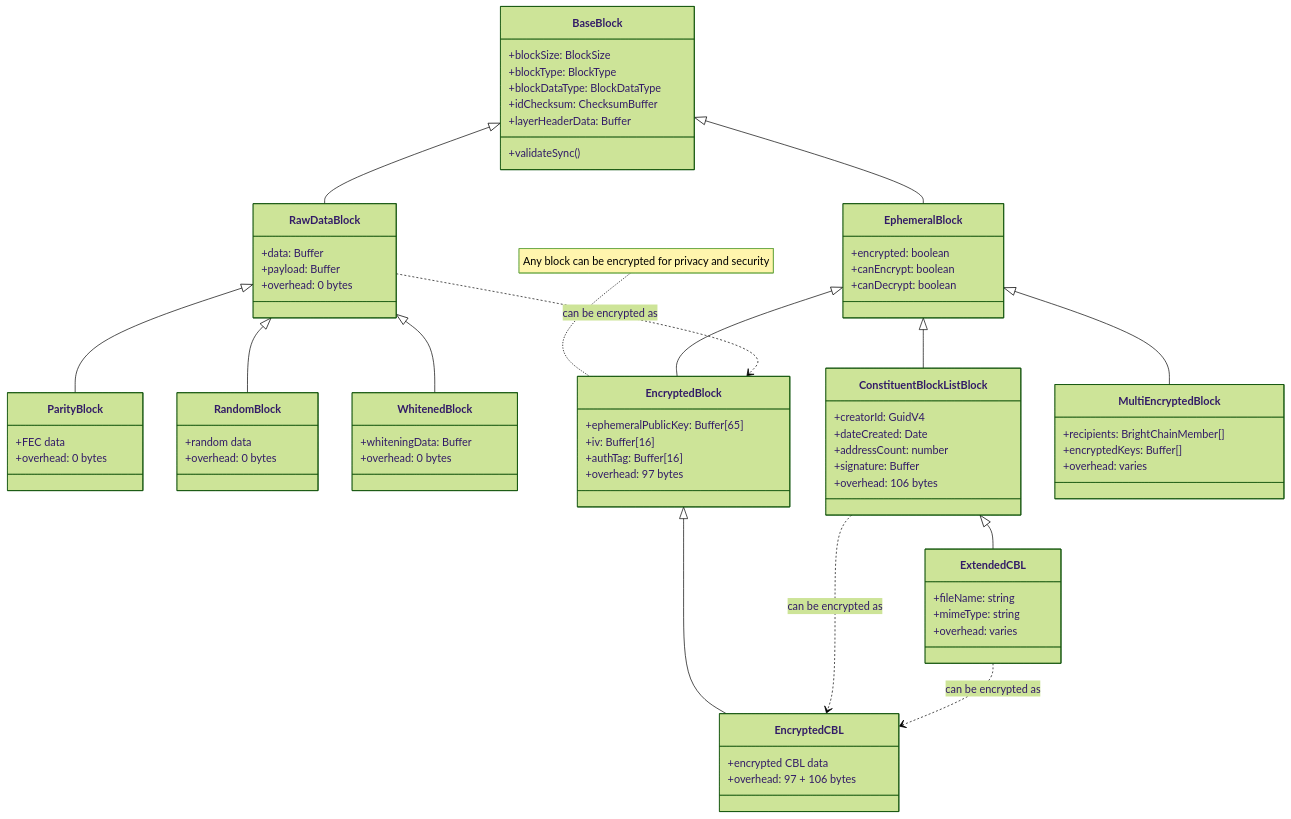
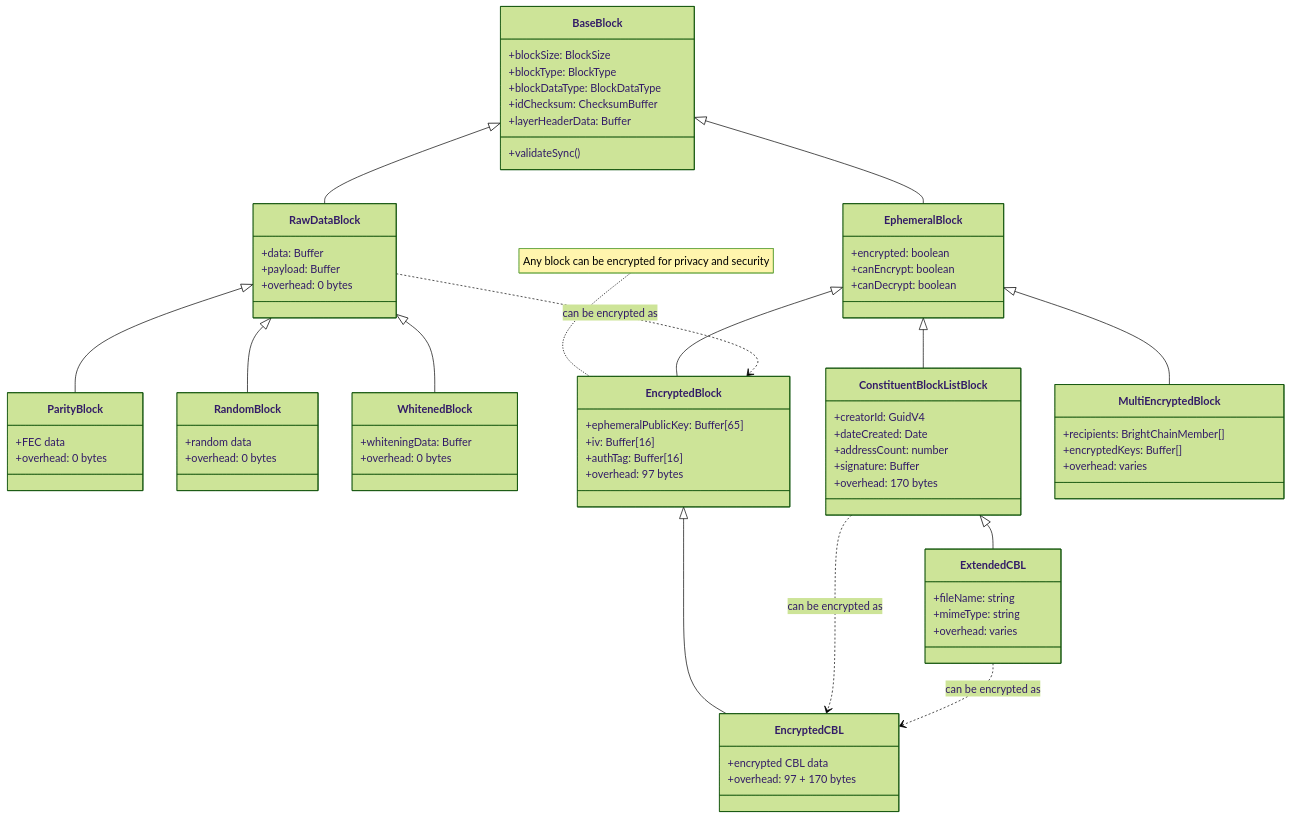
The first of 2 diagrams in docs/blockHierarchy.md (Digital-Defiance/BrightChain), drawn with Mermaid (forest theme) before and after one commit. The commit also changed 19 other files, not shown here.

```diff
--- a/docs/blockHierarchy.md
+++ b/docs/blockHierarchy.md
@@ -179,7 +179,7 @@
         +dateCreated: Date
         +addressCount: number
         +signature: Buffer
-        +overhead: 106 bytes
+        +overhead: 170 bytes
     }
 
     class ExtendedCBL {
@@ -211,7 +211,7 @@
 
     class EncryptedCBL {
         +encrypted CBL data
-        +overhead: 97 + 106 bytes
+        +overhead: 97 + 170 bytes
     }
 
     %% Note
```
